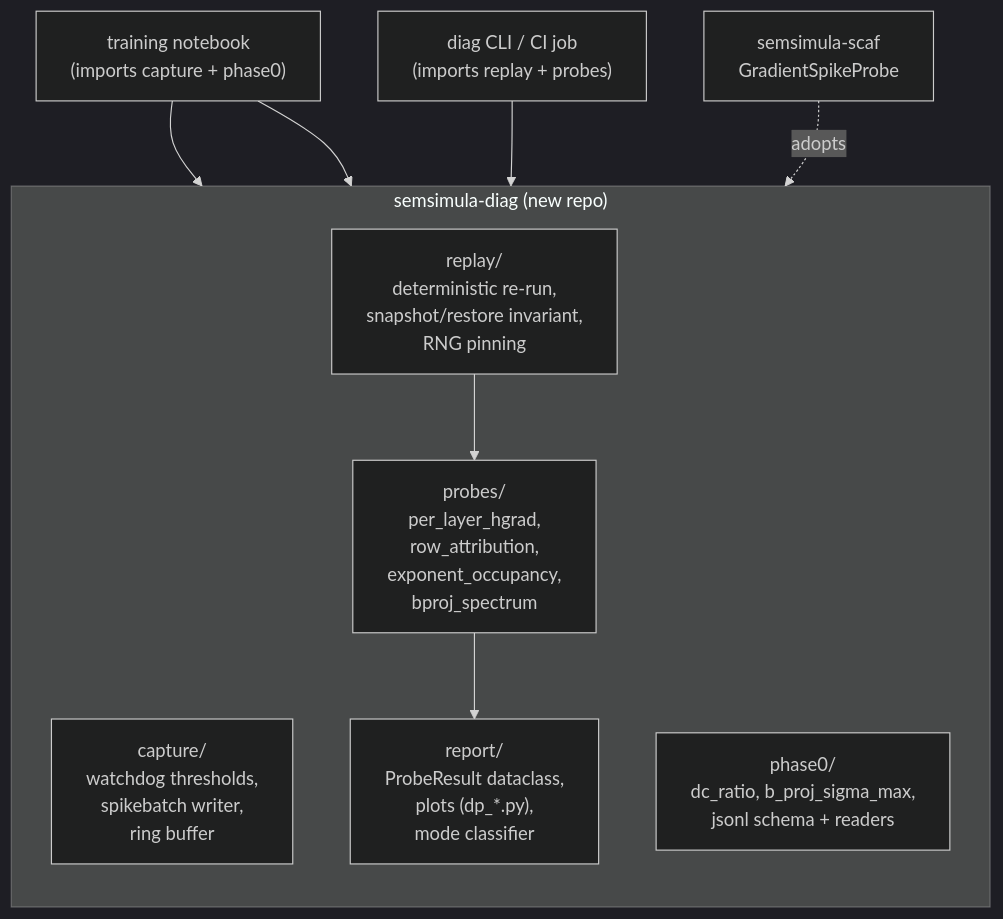
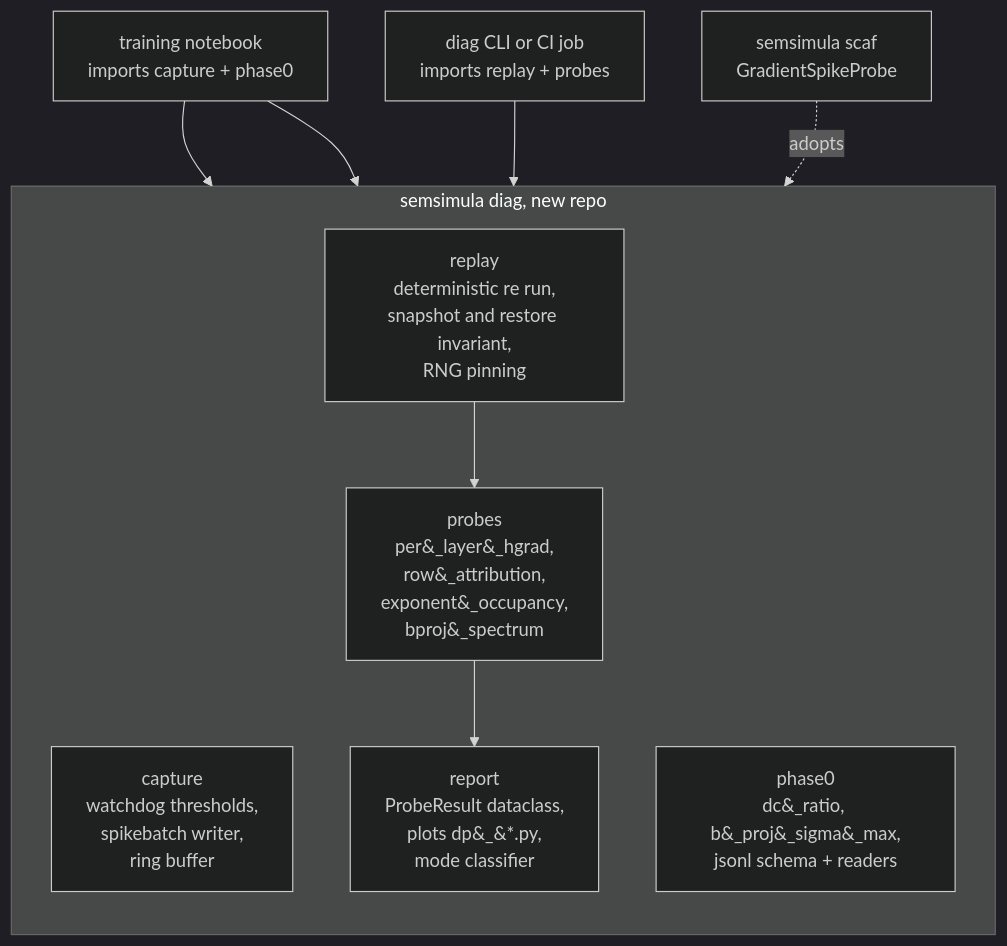
Before and after one commit to dimitarpg13/semsimula-paper: the fourth of 4 diagrams in companion_notes/Diagnostic_Programme_in_CfC_BAOAB_Integrator.md, drawn with Mermaid (dark theme). The commit also changed other lines of this file, not shown here.

````diff
--- a/companion_notes/Diagnostic_Programme_in_CfC_BAOAB_Integrator.md
+++ b/companion_notes/Diagnostic_Programme_in_CfC_BAOAB_Integrator.md
@@ -548,17 +536,17 @@
 ```mermaid
 flowchart TB
-    subgraph repo["semsimula-diag (new repo)"]
+    subgraph repo [semsimula diag, new repo]
         direction TB
-        CAP["capture/<br/>watchdog thresholds,<br/>spikebatch writer,<br/>ring buffer"]
-        REP["replay/<br/>deterministic re-run,<br/>snapshot/restore invariant,<br/>RNG pinning"]
-        PROBE["probes/<br/>per_layer_hgrad,<br/>row_attribution,<br/>exponent_occupancy,<br/>bproj_spectrum"]
-        LOG["phase0/<br/>dc_ratio, b_proj_sigma_max,<br/>jsonl schema + readers"]
-        REPORT["report/<br/>ProbeResult dataclass,<br/>plots (dp_*.py),<br/>mode classifier"]
+        CAP["capture<br>watchdog thresholds,<br>spikebatch writer,<br>ring buffer"]
+        REP["replay<br>deterministic re run,<br>snapshot and restore invariant,<br>RNG pinning"]
+        PROBE["probes<br>per&#95;layer&#95;hgrad,<br>row&#95;attribution,<br>exponent&#95;occupancy,<br>bproj&#95;spectrum"]
+        LOG["phase0<br>dc&#95;ratio, b&#95;proj&#95;sigma&#95;max,<br>jsonl schema + readers"]
+        REPORT["report<br>ProbeResult dataclass,<br>plots dp&#95;&#42;.py,<br>mode classifier"]
     end
-    NB["training notebook<br/>(imports capture + phase0)"] --> CAP
+    NB["training notebook<br>imports capture + phase0"] --> CAP
     NB --> LOG
-    CLI["diag CLI / CI job<br/>(imports replay + probes)"] --> REP
+    CLI["diag CLI or CI job<br>imports replay + probes"] --> REP
     REP --> PROBE
     PROBE --> REPORT
-    SCAF["semsimula-scaf<br/>GradientSpikeProbe"] -. adopts .-> PROBE
+    SCAF["semsimula scaf<br>GradientSpikeProbe"] -. adopts .-> PROBE
 ```
````
